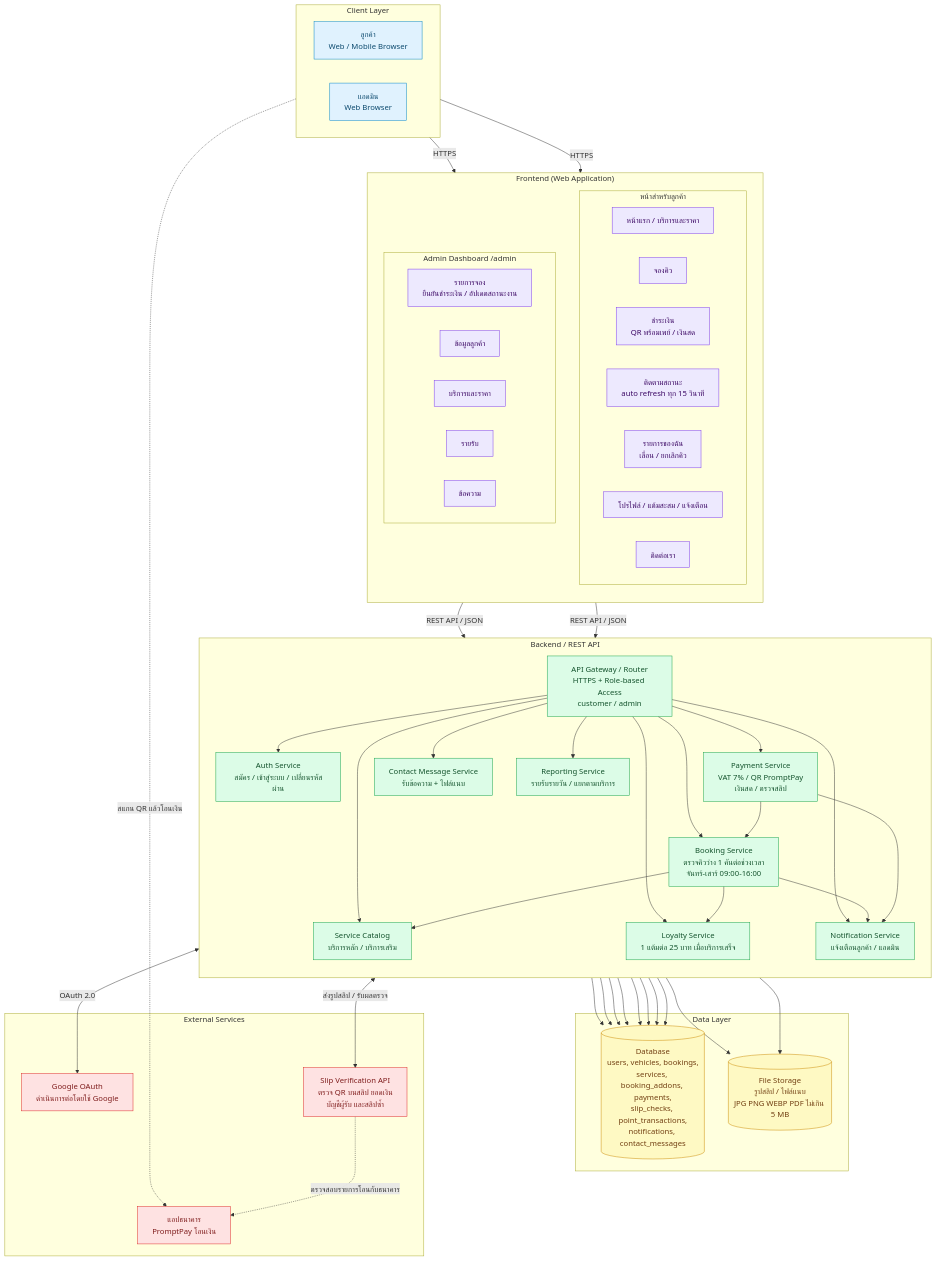
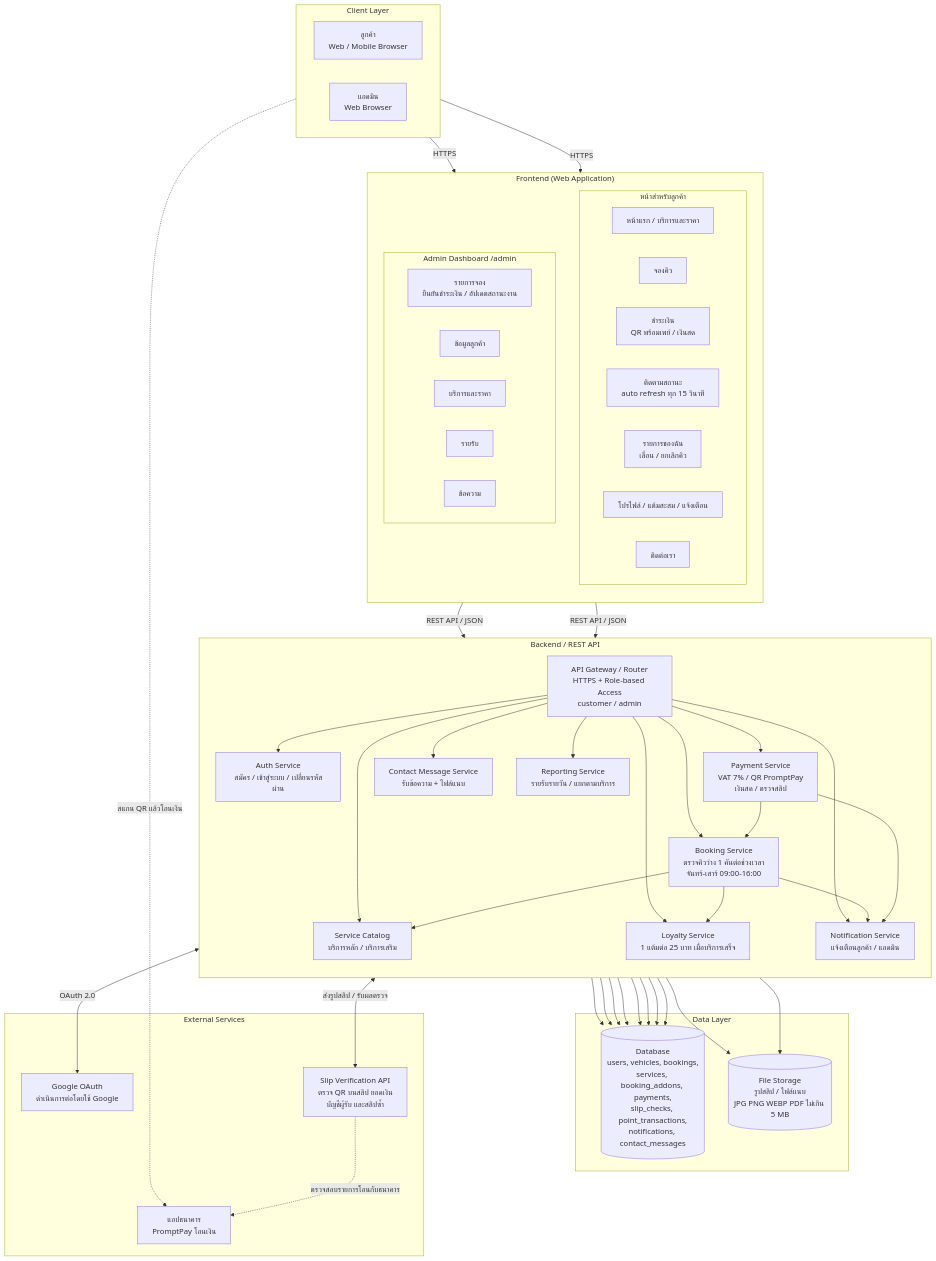
Before and after one commit to Patipan26/Group22-CarWash-Queue: the first of 8 diagrams in README.md, drawn with Mermaid. The commit also changed other lines of this file, not shown here.

````diff
--- a/README.md
+++ b/README.md
@@ -172,15 +172,4 @@
     PAY <-->|ส่งรูปสลิป / รับผลตรวจ| SLIP
     C1 -.->|สแกน QR แล้วโอนเงิน| BANK
     SLIP -.->|ตรวจสอบรายการโอนกับธนาคาร| BANK
-
-    classDef client fill:#e0f2fe,stroke:#0284c7,color:#0c4a6e
-    classDef fe fill:#ede9fe,stroke:#7c3aed,color:#3b0764
-    classDef be fill:#dcfce7,stroke:#16a34a,color:#14532d
-    classDef data fill:#fef9c3,stroke:#ca8a04,color:#713f12
-    classDef ext fill:#fee2e2,stroke:#dc2626,color:#7f1d1d
-    class C1,C2 client
-    class F1,F2,F3,F4,F5,F6,F7,A1,A2,A3,A4,A5 fe
-    class GW,AUTH,BOOK,PAY,CAT,LOYAL,NOTI,MSG,REP be
-    class DB,FS data
-    class GOOGLE,SLIP,BANK ext
 ```
````
